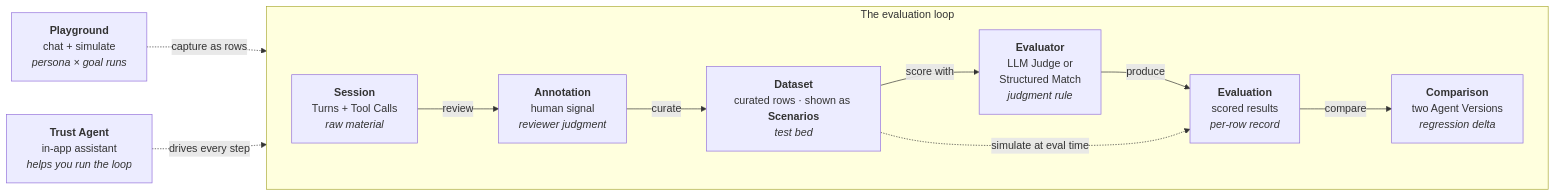
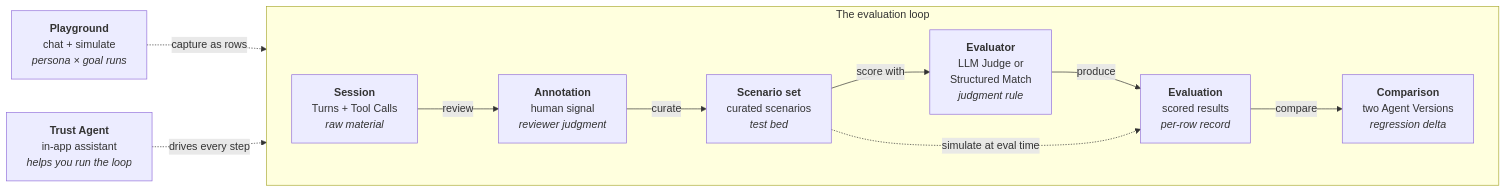
The diagram in concepts/overview.mdx (Provar-TrustAI/docs), drawn with Mermaid before and after one commit. The commit also changed other lines of this file and 26 other files, not shown here.

````diff
--- a/concepts/overview.mdx
+++ b/concepts/overview.mdx
@@ -39,25 +39,25 @@
 ```mermaid
 flowchart LR
     subgraph loop["The evaluation loop"]
         direction LR
         S["<b>Session</b><br/>Turns + Tool Calls<br/><i>raw material</i>"]
         A["<b>Annotation</b><br/>human signal<br/><i>reviewer judgment</i>"]
-        D["<b>Dataset</b><br/>curated rows · shown as <b>Scenarios</b><br/><i>test bed</i>"]
+        D["<b>Scenario set</b><br/>curated scenarios<br/><i>test bed</i>"]
         E["<b>Evaluator</b><br/>LLM Judge or<br/>Structured Match<br/><i>judgment rule</i>"]
         R["<b>Evaluation</b><br/>scored results<br/><i>per-row record</i>"]
         V["<b>Comparison</b><br/>two Agent Versions<br/><i>regression delta</i>"]
 
         S -->|review| A
         A -->|curate| D
         D -->|score with| E
         E -->|produce| R
         R -->|compare| V
     end
 
     P["<b>Playground</b><br/>chat + simulate<br/><i>persona × goal runs</i>"]
     TA["<b>Trust Agent</b><br/>in-app assistant<br/><i>helps you run the loop</i>"]
 
     P -.->|capture as rows| D
     D -.->|simulate at eval time| R
     TA -.->|drives every step| loop
 ```
````
